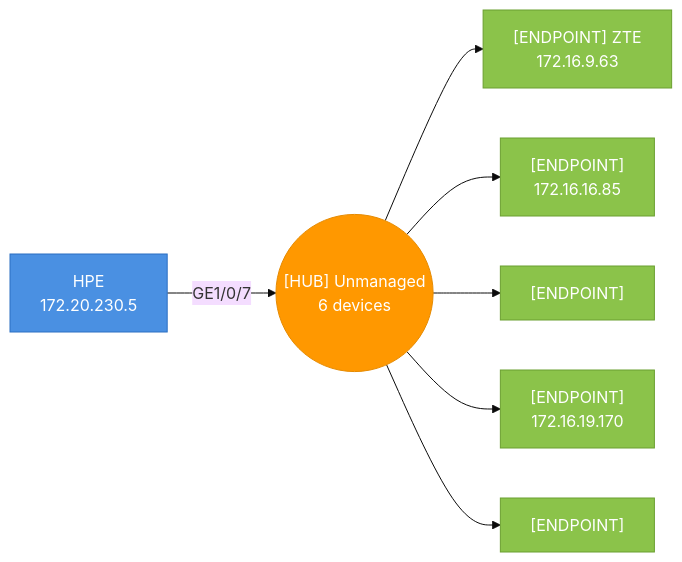
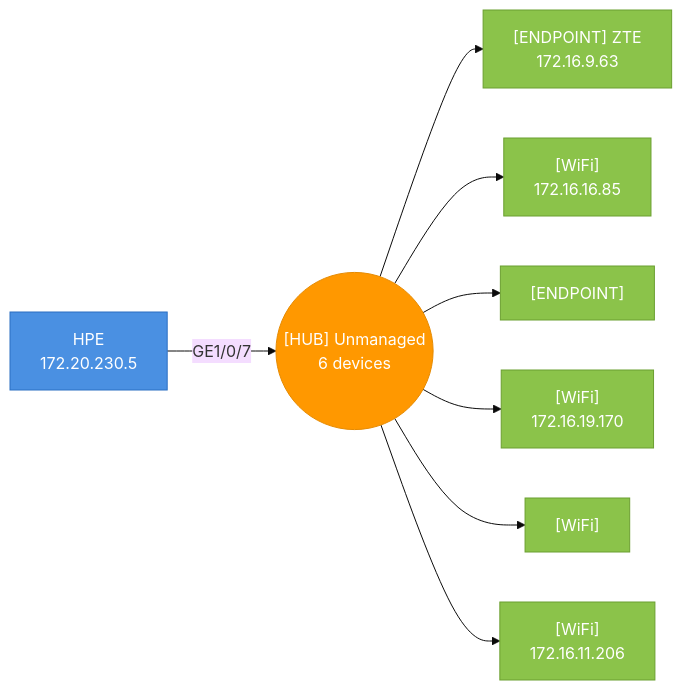
Before and after one commit to djamic/LLDP-Skanner-Go: diagram 16 of 47 in testdata/golden/audit_default.md, drawn with Mermaid (base theme). The commit also changed other lines of this file and 12 other files, not shown here.

````diff
--- a/testdata/golden/audit_default.md
+++ b/testdata/golden/audit_default.md
@@ -1691,23 +1832,26 @@
 ```mermaid
 graph LR
   hub_4caea3a218ec_p7(("[HUB] Unmanaged<br>6 devices"))
   4caea3a218ec["HPE<br>172.20.230.5"]
   4caea3a218ec-- "GE1/0/7" -->hub_4caea3a218ec_p7
   style 4caea3a218ec fill:#4A90E2,stroke:#2A6FC2,color:#fff
   14857fccb76c["[ENDPOINT] ZTE<br>172.16.9.63"]
   hub_4caea3a218ec_p7-->14857fccb76c
   style 14857fccb76c fill:#8BC34A,stroke:#6B9F30,color:#fff
-  3609c6c1053b["[ENDPOINT]<br>172.16.16.85"]
+  3609c6c1053b["[WiFi]<br>172.16.16.85"]
   hub_4caea3a218ec_p7-->3609c6c1053b
   style 3609c6c1053b fill:#8BC34A,stroke:#6B9F30,color:#fff
   64eeb7a7d170["[ENDPOINT]"]
   hub_4caea3a218ec_p7-->64eeb7a7d170
   style 64eeb7a7d170 fill:#8BC34A,stroke:#6B9F30,color:#fff
-  7aaad80032bf["[ENDPOINT]<br>172.16.19.170"]
+  7aaad80032bf["[WiFi]<br>172.16.19.170"]
   hub_4caea3a218ec_p7-->7aaad80032bf
   style 7aaad80032bf fill:#8BC34A,stroke:#6B9F30,color:#fff
-  aaa395632235["[ENDPOINT]"]
+  aaa395632235["[WiFi]"]
   hub_4caea3a218ec_p7-->aaa395632235
   style aaa395632235 fill:#8BC34A,stroke:#6B9F30,color:#fff
+  f23285d256dd["[WiFi]<br>172.16.11.206"]
+  hub_4caea3a218ec_p7-->f23285d256dd
+  style f23285d256dd fill:#8BC34A,stroke:#6B9F30,color:#fff
   style hub_4caea3a218ec_p7 fill:#FF9800,stroke:#E68A00,color:#fff
 ```
````
